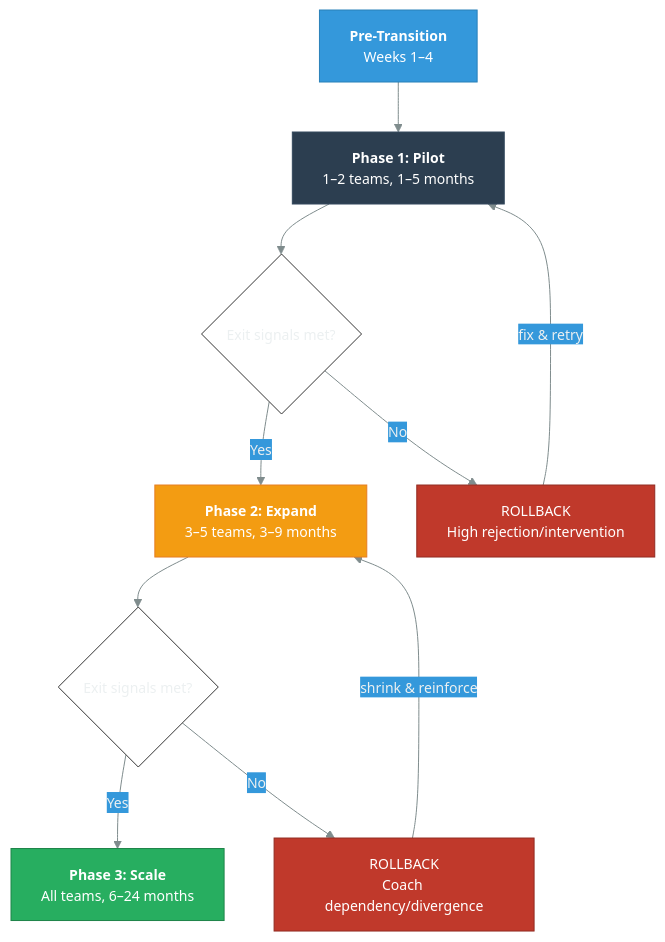
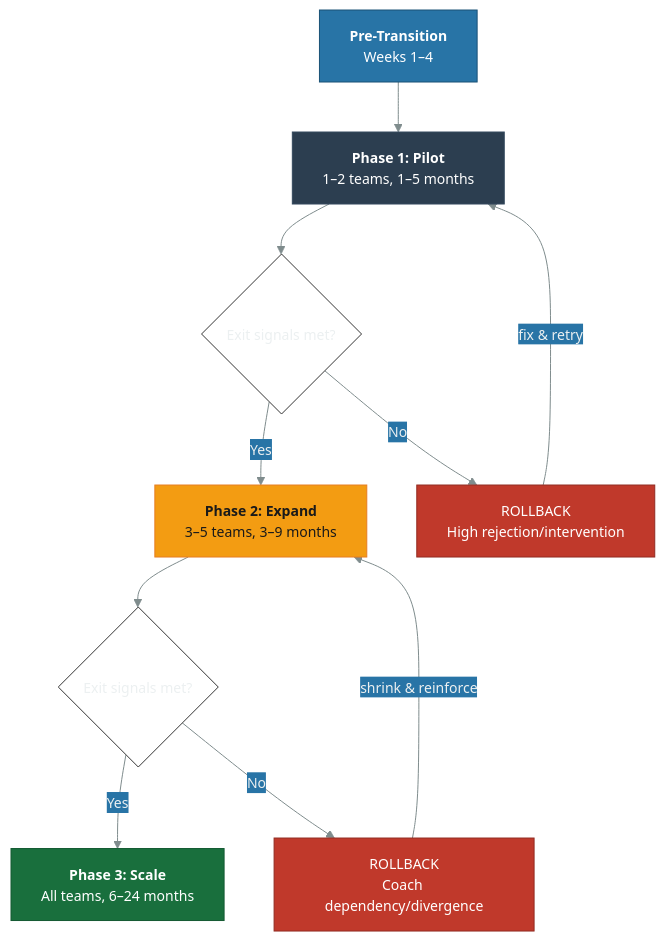
Before and after one commit to danielmeppiel/agentic-sdlc-handbook: the diagram in handbook/ch07-planning-the-transition.qmd, drawn with Mermaid. The commit also changed 11 other files, not shown here.

First line of the commit message:
fix: WCAG AA+ contrast compliance for all diagram colors

````diff
--- a/handbook/ch07-planning-the-transition.qmd
+++ b/handbook/ch07-planning-the-transition.qmd
@@ -84,42 +84,42 @@
 ```{mermaid}
 %%| fig-width: 6.5
 %%| label: fig-transition-roadmap
 %%| fig-cap: "Three-phase transition roadmap with exit signals and rollback triggers"
 %%| fig-alt: "Top-to-bottom flowchart showing a three-phase agentic transition roadmap. Pre-Transition (Weeks 1-4) flows down to Phase 1 Pilot (1-2 teams, 1-5 months), which reaches a decision diamond 'Exit signals met?'. Yes leads to Phase 2 Expand (3-5 teams, 3-9 months); No leads to Rollback node 'High rejection/intervention' which loops back to Phase 1 via 'fix and retry'. Phase 2 reaches a second decision diamond 'Exit signals met?'. Yes leads to Phase 3 Scale (All teams, 6-24 months); No leads to Rollback node 'Coach dependency/divergence' which loops back to Phase 2 via 'shrink and reinforce'. Rollback nodes are red, phases progress from blue to orange to green."
-%%{init: {'theme': 'base', 'themeVariables': {'primaryColor': '#2c3e50', 'primaryTextColor': '#ecf0f1', 'primaryBorderColor': '#34495e', 'lineColor': '#7f8c8d', 'secondaryColor': '#3498db', 'tertiaryColor': '#ecf0f1', 'fontSize': '14px'}}}%%
+%%{init: {'theme': 'base', 'themeVariables': {'primaryColor': '#2c3e50', 'primaryTextColor': '#ecf0f1', 'primaryBorderColor': '#34495e', 'lineColor': '#7f8c8d', 'secondaryColor': '#2874a6', 'tertiaryColor': '#ecf0f1', 'fontSize': '14px'}}}%%
 flowchart TB
     PRE["<b>Pre-Transition</b><br/>Weeks 1–4"]
 
     P1["<b>Phase 1: Pilot</b><br/>1–2 teams, 1–5 months"]
 
     G1{"Exit signals met?"}
 
     P2["<b>Phase 2: Expand</b><br/>3–5 teams, 3–9 months"]
 
     G2{"Exit signals met?"}
 
     P3["<b>Phase 3: Scale</b><br/>All teams, 6–24 months"]
 
     RB1["ROLLBACK<br/>High rejection/intervention"]
 
     RB2["ROLLBACK<br/>Coach dependency/divergence"]
 
     PRE --> P1
     P1 --> G1
     G1 -->|"Yes"| P2
     G1 -->|"No"| RB1
     RB1 -->|"fix & retry"| P1
     P2 --> G2
     G2 -->|"Yes"| P3
     G2 -->|"No"| RB2
     RB2 -->|"shrink & reinforce"| P2
 
-    style PRE fill:#3498db,stroke:#2980b9,color:#fff
+    style PRE fill:#2874a6,stroke:#1a5276,color:#fff
     style P1 fill:#2c3e50,stroke:#34495e,color:#fff
-    style P2 fill:#f39c12,stroke:#e67e22,color:#fff
-    style P3 fill:#27ae60,stroke:#1e8449,color:#fff
+    style P2 fill:#f39c12,stroke:#e67e22,color:#1a1a1a
+    style P3 fill:#196f3d,stroke:#145a32,color:#fff
     style G1 fill:#fff,stroke:#333
     style G2 fill:#fff,stroke:#333
     style RB1 fill:#c0392b,stroke:#922b21,color:#fff
     style RB2 fill:#c0392b,stroke:#922b21,color:#fff
 ```
````
